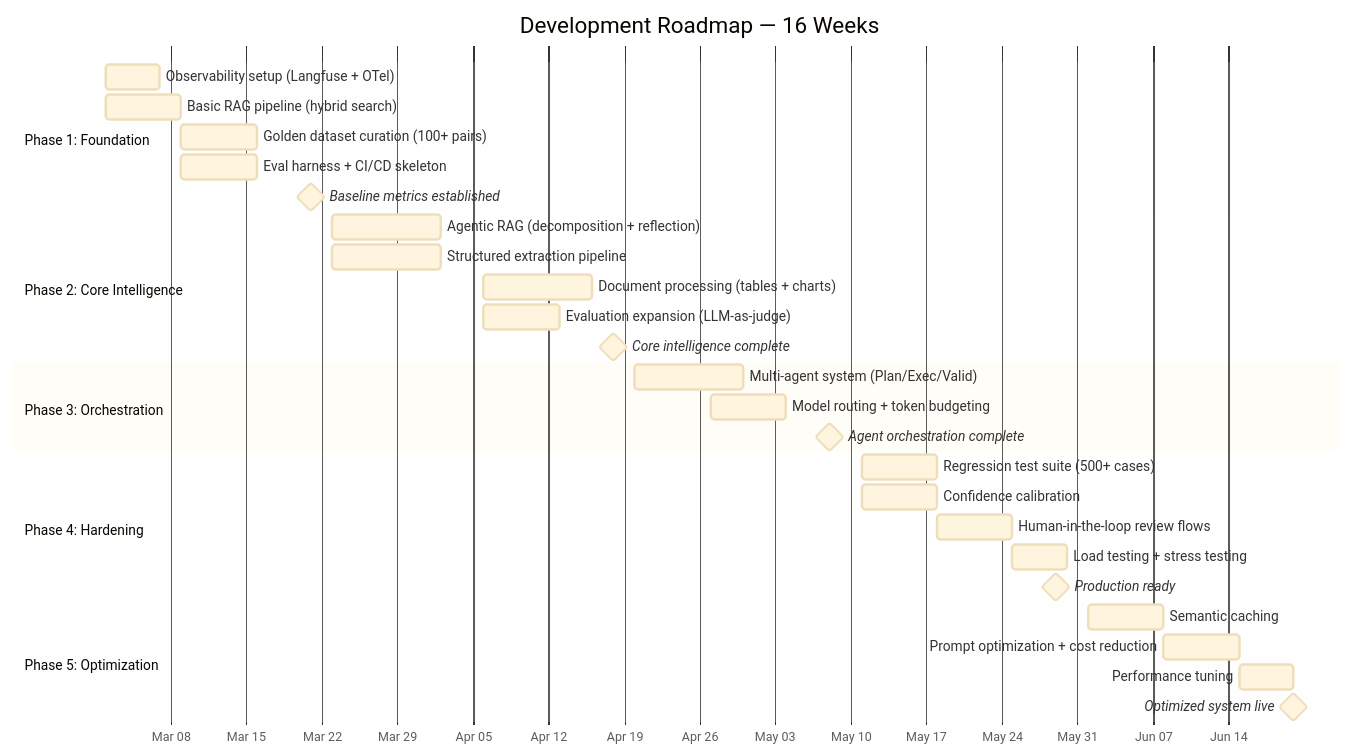
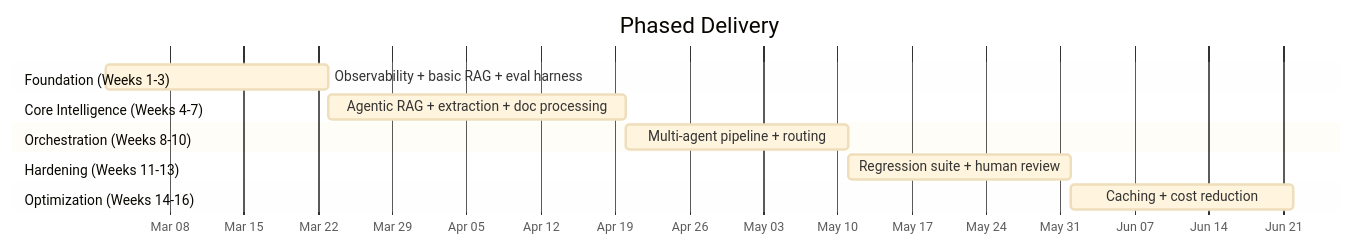
The eighth of 8 diagrams in README.md (climax-dev-1/temp), drawn with Mermaid before and after one commit. The commit also changed other lines of this file, not shown here.

````diff
--- a/README.md
+++ b/README.md
@@ -1123,39 +329,22 @@
 ```mermaid
-%%{init: {'theme': 'base', 'themeVariables': {'fontSize': '12px'}}}%%
+%%{init: {'theme': 'base', 'themeVariables': {'fontSize': '13px'}}}%%
 gantt
-    title Development Roadmap — 16 Weeks
+    title Phased Delivery
     dateFormat YYYY-MM-DD
     axisFormat %b %d
 
-    section Phase 1: Foundation
-    Observability setup (Langfuse + OTel)    :p1a, 2026-03-02, 5d
-    Basic RAG pipeline (hybrid search)       :p1b, 2026-03-02, 7d
-    Golden dataset curation (100+ pairs)     :p1c, 2026-03-09, 7d
-    Eval harness + CI/CD skeleton            :p1d, 2026-03-09, 7d
-    Baseline metrics established             :milestone, p1m, 2026-03-21, 0d
+    section Foundation (Weeks 1-3)
+    Observability + basic RAG + eval harness    :a1, 2026-03-02, 21d
 
-    section Phase 2: Core Intelligence
-    Agentic RAG (decomposition + reflection) :p2a, 2026-03-23, 10d
-    Structured extraction pipeline           :p2b, 2026-03-23, 10d
-    Document processing (tables + charts)    :p2c, 2026-04-06, 10d
-    Evaluation expansion (LLM-as-judge)      :p2d, 2026-04-06, 7d
-    Core intelligence complete               :milestone, p2m, 2026-04-18, 0d
+    section Core Intelligence (Weeks 4-7)
+    Agentic RAG + extraction + doc processing   :b1, 2026-03-23, 28d
 
-    section Phase 3: Orchestration
-    Multi-agent system (Plan/Exec/Valid)     :p3a, 2026-04-20, 10d
-    Model routing + token budgeting          :p3b, 2026-04-27, 7d
-    Agent orchestration complete             :milestone, p3m, 2026-05-08, 0d
+    section Orchestration (Weeks 8-10)
+    Multi-agent pipeline + routing              :c1, 2026-04-20, 21d
 
-    section Phase 4: Hardening
-    Regression test suite (500+ cases)       :p4a, 2026-05-11, 7d
-    Confidence calibration                   :p4b, 2026-05-11, 7d
-    Human-in-the-loop review flows           :p4c, 2026-05-18, 7d
-    Load testing + stress testing            :p4d, 2026-05-25, 5d
-    Production ready                         :milestone, p4m, 2026-05-29, 0d
+    section Hardening (Weeks 11-13)
+    Regression suite + human review             :d1, 2026-05-11, 21d
 
-    section Phase 5: Optimization
-    Semantic caching                         :p5a, 2026-06-01, 7d
-    Prompt optimization + cost reduction     :p5b, 2026-06-08, 7d
-    Performance tuning                       :p5c, 2026-06-15, 5d
-    Optimized system live                    :milestone, p5m, 2026-06-20, 0d
+    section Optimization (Weeks 14-16)
+    Caching + cost reduction                    :e1, 2026-06-01, 21d
 ```
````
